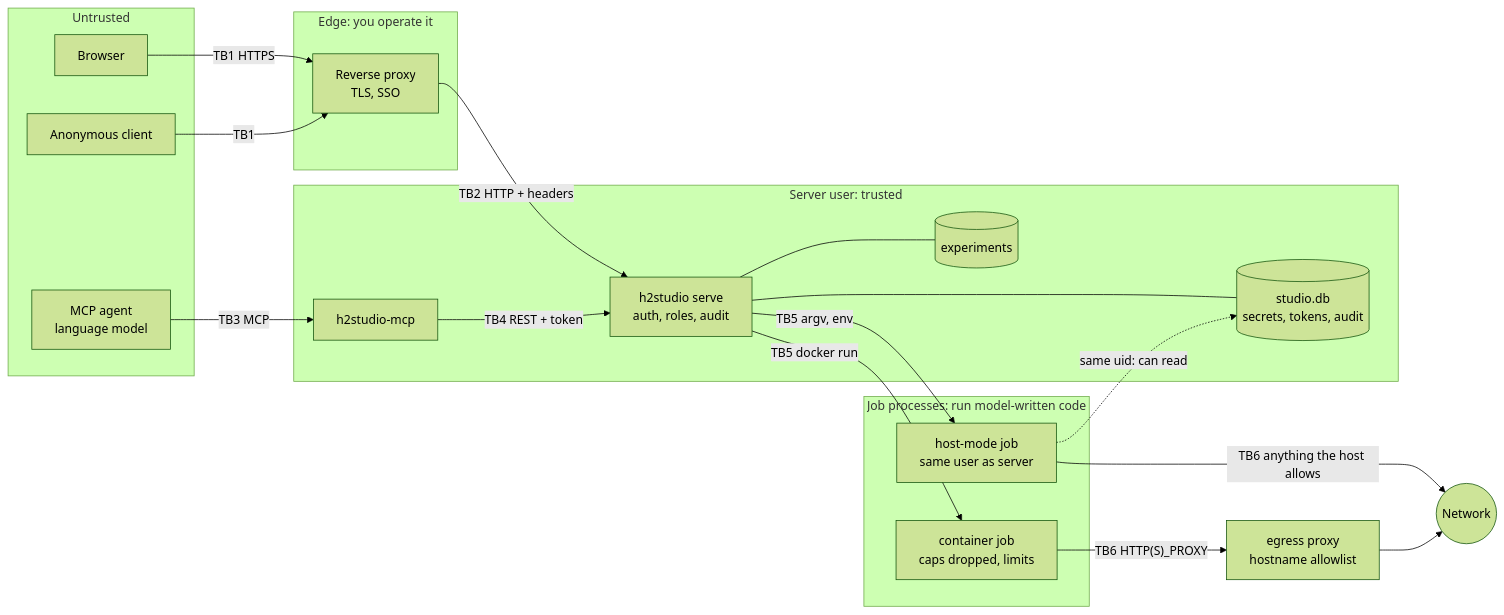
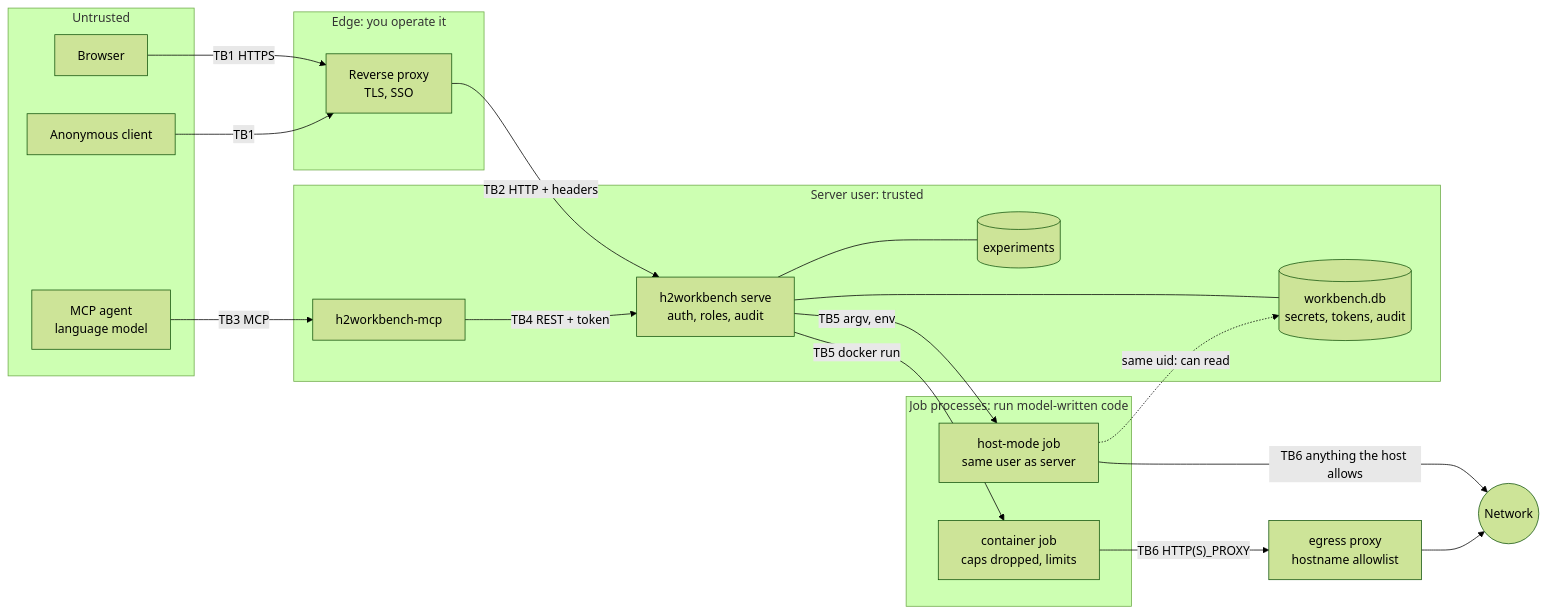
The diagram in docs/THREAT-MODEL.md (willboyden/harness2-workbench), drawn with Mermaid (forest theme) before and after one commit. The commit also changed other lines of this file and 417 other files, not shown here.

````diff
--- a/docs/THREAT-MODEL.md
+++ b/docs/THREAT-MODEL.md
@@ -109,36 +109,36 @@
 ```mermaid
 flowchart LR
   subgraph untrusted [Untrusted]
     browser[Browser]
     agent[MCP agent<br/>language model]
     anon[Anonymous client]
   end
   subgraph edge [Edge: you operate it]
     proxy[Reverse proxy<br/>TLS, SSO]
   end
   subgraph server [Server user: trusted]
-    mcp[h2studio-mcp]
-    srv[h2studio serve<br/>auth, roles, audit]
-    db[(studio.db<br/>secrets, tokens, audit)]
+    mcp[h2workbench-mcp]
+    srv[h2workbench serve<br/>auth, roles, audit]
+    db[(workbench.db<br/>secrets, tokens, audit)]
     exp[(experiments)]
   end
   subgraph jobs [Job processes: run model-written code]
     hostjob[host-mode job<br/>same user as server]
     ctrjob[container job<br/>caps dropped, limits]
   end
   net((Network))
   egress[egress proxy<br/>hostname allowlist]
   browser -->|TB1 HTTPS| proxy
   anon -->|TB1| proxy
   proxy -->|TB2 HTTP + headers| srv
   agent -->|TB3 MCP| mcp
   mcp -->|TB4 REST + token| srv
   srv --- db
   srv --- exp
   srv -->|TB5 argv, env| hostjob
   srv -->|TB5 docker run| ctrjob
   hostjob -. same uid: can read .-> db
   hostjob -->|TB6 anything the host allows| net
   ctrjob -->|"TB6 HTTP(S)_PROXY"| egress
   egress --> net
 ```
````
